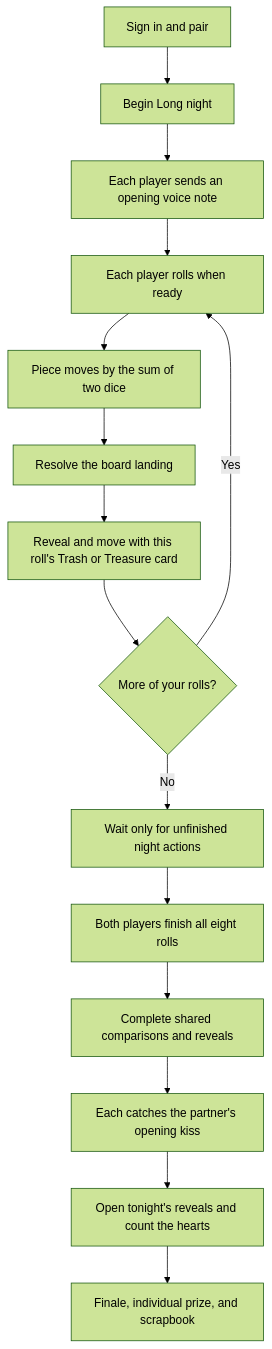
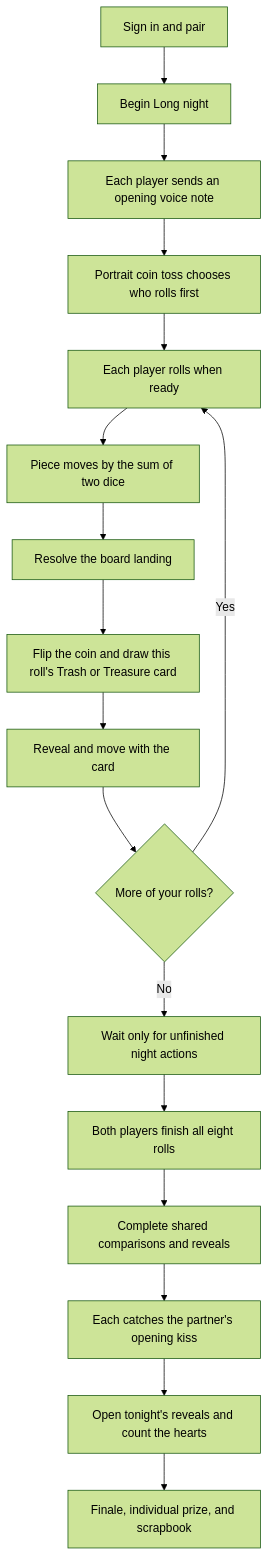
Before and after one commit to Kmberry1989/At-Long-Last: the diagram in docs/PLAYER_GAME_FLOW_MANUAL.md, drawn with Mermaid (forest theme). The commit also changed other lines of this file and 1 other file, not shown here.

Commit message:
Refresh player game flow manual

````diff
--- a/docs/PLAYER_GAME_FLOW_MANUAL.md
+++ b/docs/PLAYER_GAME_FLOW_MANUAL.md
@@ -18,17 +19,19 @@
 ```mermaid
 flowchart TD
     A[Sign in and pair] --> B[Begin Long night]
     B --> C[Each player sends an opening voice note]
-    C --> D[Each player rolls when ready]
-    D --> E[Piece moves by the sum of two dice]
-    E --> F[Resolve the board landing]
-    F --> G[Reveal and move with this roll's Trash or Treasure card]
-    G --> H{More of your rolls?}
-    H -->|Yes| D
-    H -->|No| I[Wait only for unfinished night actions]
-    I --> J[Both players finish all eight rolls]
-    J --> K[Complete shared comparisons and reveals]
-    K --> L[Each catches the partner's opening kiss]
-    L --> M[Open tonight's reveals and count the hearts]
-    M --> N[Finale, individual prize, and scrapbook]
+    C --> D[Portrait coin toss chooses who rolls first]
+    D --> E[Each player rolls when ready]
+    E --> F[Piece moves by the sum of two dice]
+    F --> G[Resolve the board landing]
+    G --> H[Flip the coin and draw this roll's Trash or Treasure card]
+    H --> I[Reveal and move with the card]
+    I --> J{More of your rolls?}
+    J -->|Yes| E
+    J -->|No| K[Wait only for unfinished night actions]
+    K --> L[Both players finish all eight rolls]
+    L --> M[Complete shared comparisons and reveals]
+    M --> N[Each catches the partner's opening kiss]
+    N --> O[Open tonight's reveals and count the hearts]
+    O --> P[Finale, individual prize, and scrapbook]
 ```
````
